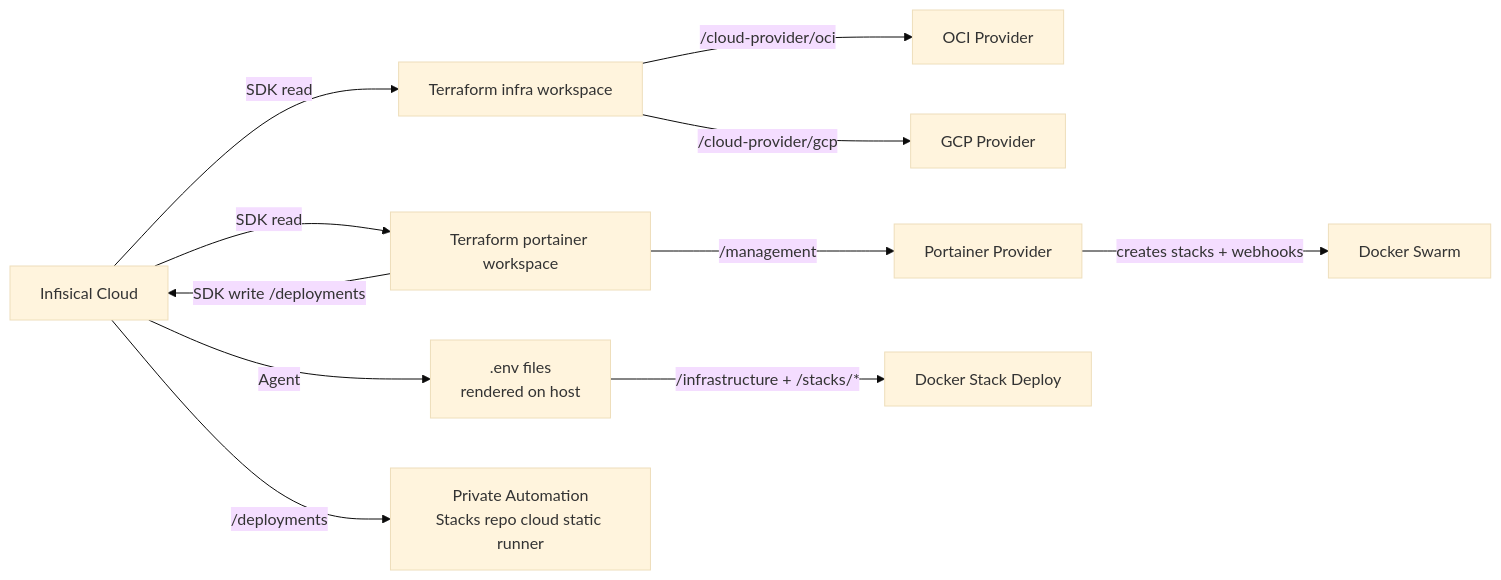
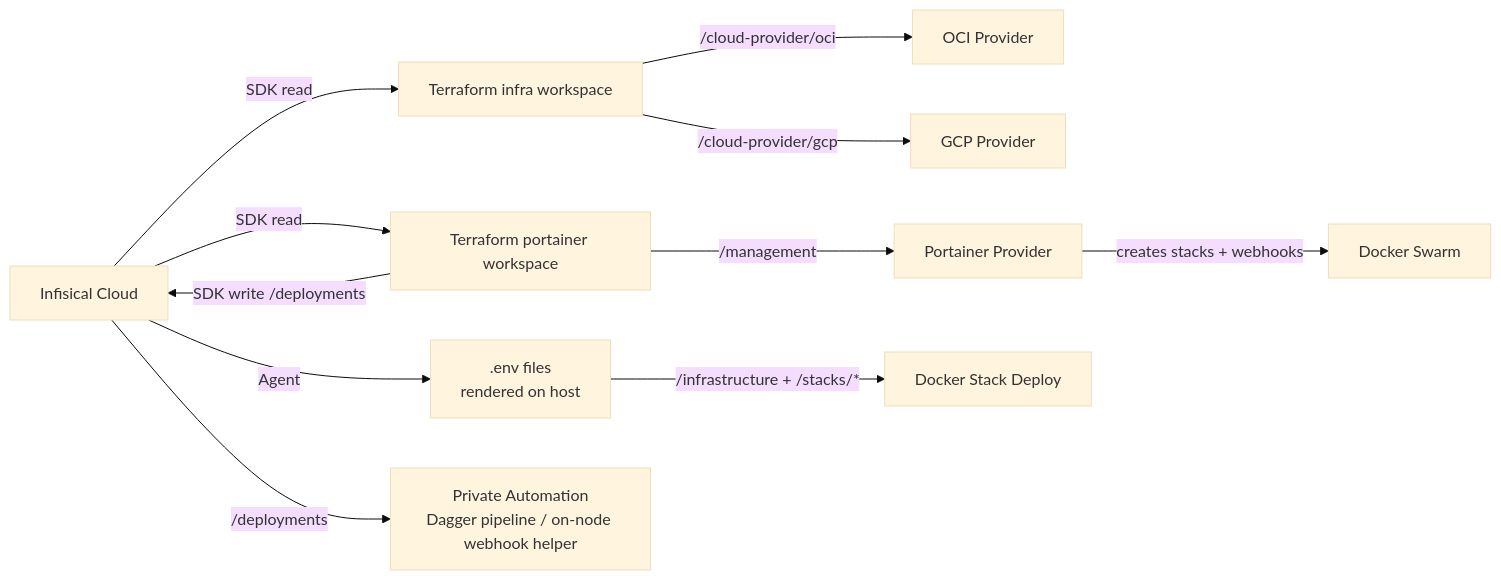
One commit to JoseStud/GoodOldMeServer changed the diagram in docs/infisical-workflow.md. Above: the diagram before and after it, drawn with Mermaid (base theme). The commit also changed other lines of this file and 19 other files, not shown here.

First line of the commit message:
Refactor Portainer integration and remove cloud static runner dependencies

````diff
--- a/docs/infisical-workflow.md
+++ b/docs/infisical-workflow.md
@@ -9,13 +9,13 @@
 ```mermaid
 flowchart LR
     INF[Infisical Cloud] -->|SDK read| TFI[Terraform infra workspace]
     INF -->|SDK read| TFP[Terraform portainer workspace]
     TFI -->|/cloud-provider/oci| OCI[OCI Provider]
     TFI -->|/cloud-provider/gcp| GCP[GCP Provider]
     TFP -->|/management| PORT[Portainer Provider]
     PORT -->|creates stacks + webhooks| SWARM[Docker Swarm]
     TFP -->|SDK write /deployments| INF
     INF -->|Agent| ENV[.env files<br/>rendered on host]
     ENV -->|/infrastructure + /stacks/*| STACKS[Docker Stack Deploy]
-    INF -->|/deployments| AUTO[Private Automation<br/>Stacks repo cloud static runner]
+    INF -->|/deployments| AUTO[Private Automation<br/>Dagger pipeline / on-node webhook helper]
 ```
````
